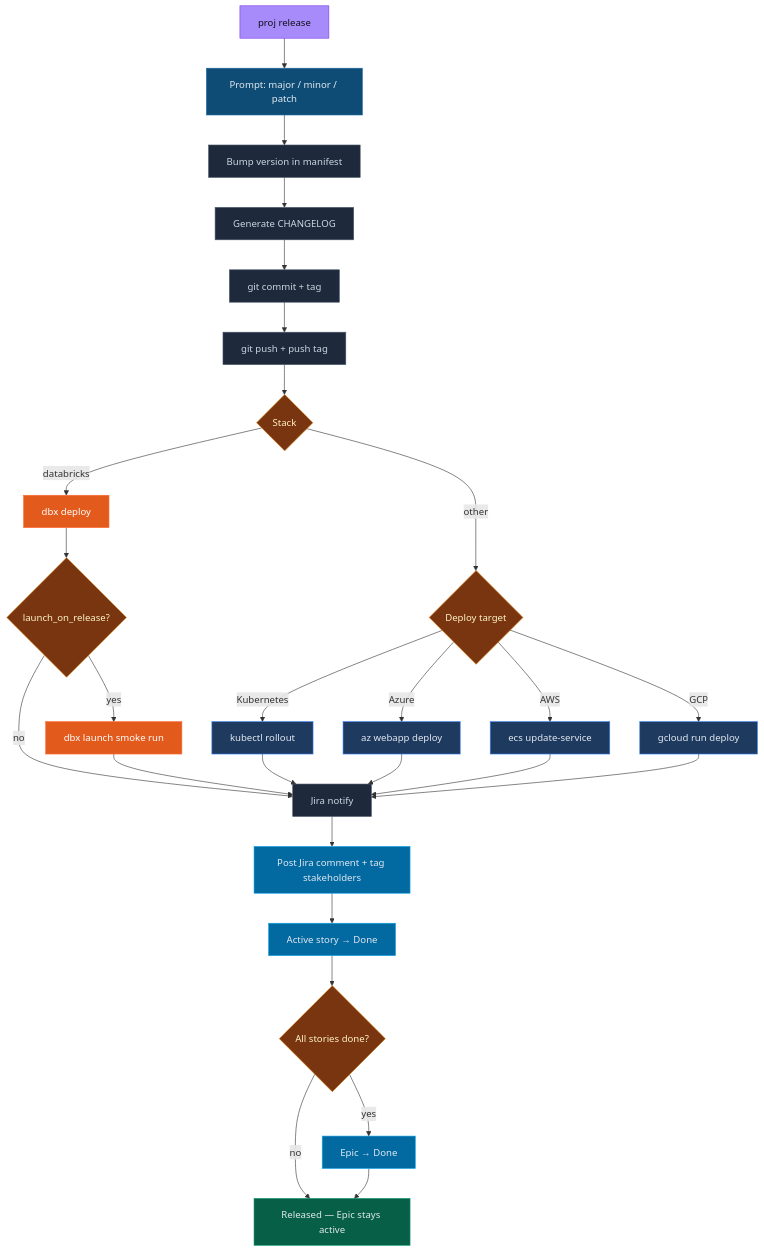
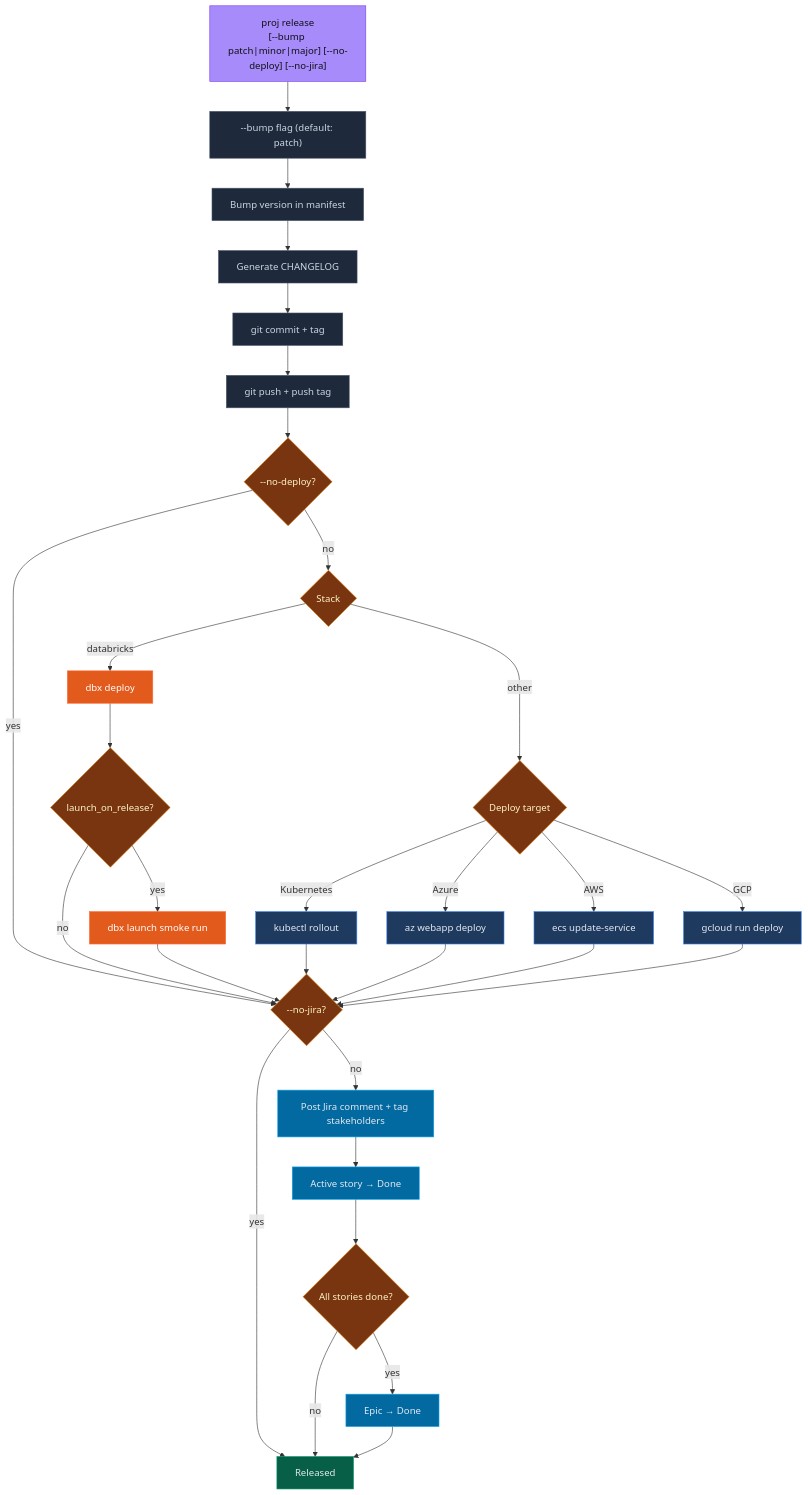
Before and after one commit to erosrage/Athena: the sixth of 7 diagrams in README.md, drawn with Mermaid. The commit also changed other lines of this file and 1 other file, not shown here.

First line of the commit message:
docs: sync Mermaid diagrams with full Jira engagement + new flags

````diff
--- a/README.md
+++ b/README.md
@@ -206,35 +211,37 @@
 ```mermaid
 flowchart TD
-    A["proj release"]:::entry
-    A --> B["Prompt: major / minor / patch"]:::prompt
+    A["proj release\n[--bump patch|minor|major] [--no-deploy] [--no-jira]"]:::entry
+    A --> B["--bump flag (default: patch)"]:::action
     B --> C["Bump version in manifest"]:::action
     C --> D["Generate CHANGELOG"]:::action
     D --> E["git commit + tag"]:::action
     E --> F["git push + push tag"]:::action
-    F --> ST{"Stack"}:::decision
+    F --> ND{"--no-deploy?"}:::decision
+    ND -->|"yes"| NJ
+    ND -->|"no"| ST{"Stack"}:::decision
     ST -->|"databricks"| DB1["dbx deploy"]:::dbx
     DB1 --> DB2{"launch_on_release?"}:::decision
     DB2 -->|"yes"| DB3["dbx launch smoke run"]:::dbx
-    DB2 -->|"no"| N["Jira notify"]:::action
-    DB3 --> N
+    DB2 -->|"no"| NJ
+    DB3 --> NJ
     ST -->|"other"| G{"Deploy target"}:::decision
     G -->|"Kubernetes"| H1["kubectl rollout"]:::deploy
     G -->|"Azure"| H2["az webapp deploy"]:::deploy
     G -->|"AWS"| H3["ecs update-service"]:::deploy
     G -->|"GCP"| H4["gcloud run deploy"]:::deploy
-    H1 & H2 & H3 & H4 --> N
-    N --> JC["Post Jira comment + tag stakeholders"]:::jira
+    H1 & H2 & H3 & H4 --> NJ{"--no-jira?"}:::decision
+    NJ -->|"yes"| Z["Released"]:::done
+    NJ -->|"no"| JC["Post Jira comment + tag stakeholders"]:::jira
     JC --> JS["Active story → Done"]:::jira
     JS --> JE{"All stories done?"}:::decision
     JE -->|"yes"| JED["Epic → Done"]:::jira
-    JE -->|"no"| Z["Released — Epic stays active"]:::done
+    JE -->|"no"| Z
     JED --> Z
     classDef entry fill:#a78bfa,stroke:#7c3aed,color:#0f1117
-    classDef prompt fill:#0f4c75,stroke:#1b6ca8,color:#e2e8f0
     classDef action fill:#1e293b,stroke:#475569,color:#cbd5e1
     classDef decision fill:#78350f,stroke:#d97706,color:#fef3c7
     classDef deploy fill:#1e3a5f,stroke:#3b82f6,color:#e2e8f0
     classDef done fill:#065f46,stroke:#059669,color:#e2e8f0
     classDef dbx fill:#e25a1c,stroke:#ff6b35,color:#fff
     classDef jira fill:#0369a1,stroke:#0ea5e9,color:#e2e8f0
 ```
````
